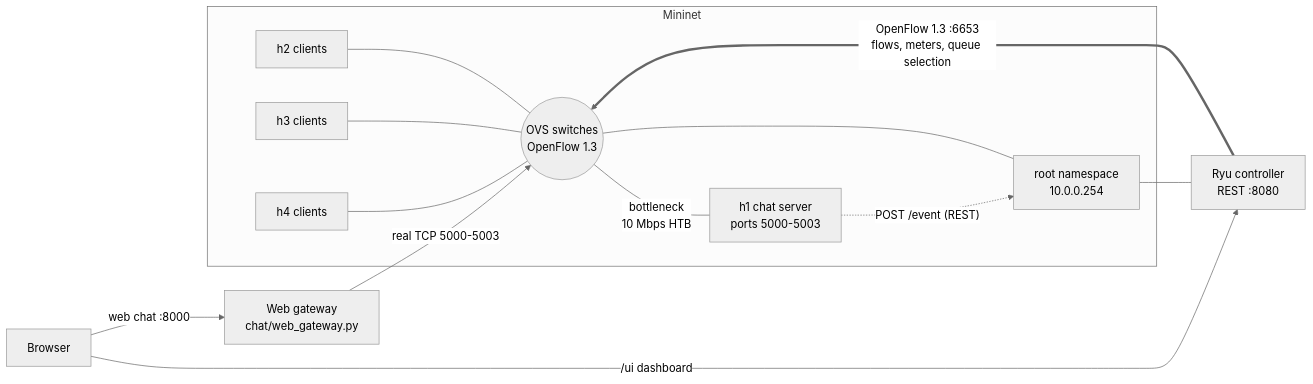
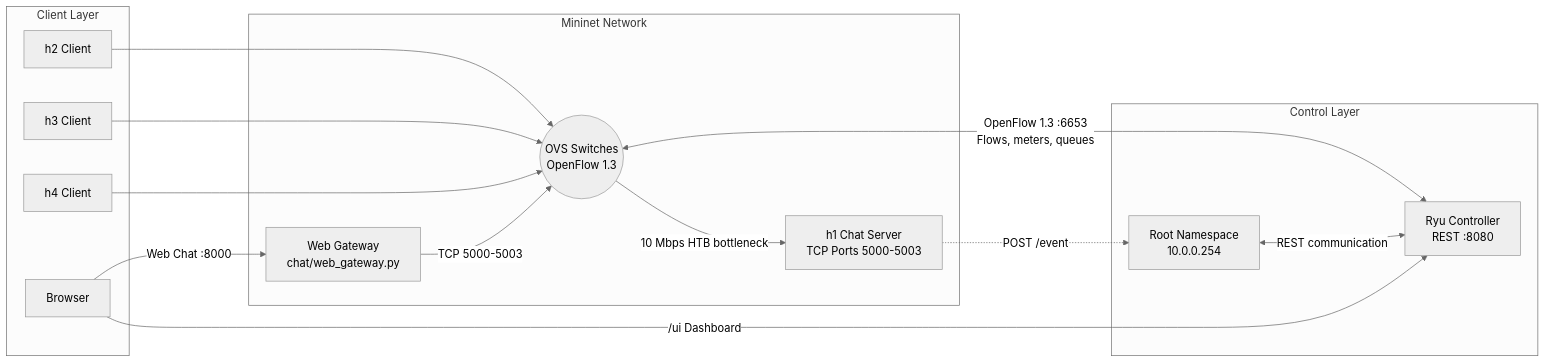
Before and after one commit to Keerthan-S-Kumar/CN-SDN-Multi-Client-Chat-Network-Mini-Project: the first of 3 diagrams in docs/architecture.md, drawn with Mermaid (neutral theme).

Commit message:
Improve architecture diagram layout

````diff
--- a/docs/architecture.md
+++ b/docs/architecture.md
@@ -18,16 +18,33 @@
 ```mermaid
 flowchart LR
-  subgraph Mininet
-    H2["h2 clients"] --- S
-    H3["h3 clients"] --- S
-    H4["h4 clients"] --- S
-    S(("OVS switches<br/>OpenFlow 1.3")) ---|"bottleneck<br/>10 Mbps HTB"| H1["h1 chat server<br/>ports 5000-5003"]
-    S --- R["root namespace<br/>10.0.0.254"]
-  end
-  H1 -.->|"POST /event (REST)"| R
-  R --- C["Ryu controller<br/>REST :8080"]
-  C ==>|"OpenFlow 1.3 :6653<br/>flows, meters, queue selection"| S
-  B["Browser"] -->|"/ui dashboard"| C
-  B -->|"web chat :8000"| G["Web gateway<br/>chat/web_gateway.py"]
-  G -->|"real TCP 5000-5003"| S
+    subgraph CLIENTS["Client Layer"]
+        H2["h2 Client"]
+        H3["h3 Client"]
+        H4["h4 Client"]
+        B["Browser"]
+    end
+
+    subgraph NETWORK["Mininet Network"]
+        S(("OVS Switches<br/>OpenFlow 1.3"))
+        H1["h1 Chat Server<br/>TCP Ports 5000-5003"]
+        G["Web Gateway<br/>chat/web_gateway.py"]
+
+        H2 --> S
+        H3 --> S
+        H4 --> S
+        S -->|"10 Mbps HTB bottleneck"| H1
+        G -->|"TCP 5000-5003"| S
+    end
+
+    subgraph CONTROL["Control Layer"]
+        R["Root Namespace<br/>10.0.0.254"]
+        C["Ryu Controller<br/>REST :8080"]
+    end
+
+    H1 -.->|"POST /event"| R
+    R <-->|"REST communication"| C
+    C <-->|"OpenFlow 1.3 :6653<br/>Flows, meters, queues"| S
+
+    B -->|"/ui Dashboard"| C
+    B -->|"Web Chat :8000"| G
 ```
````
